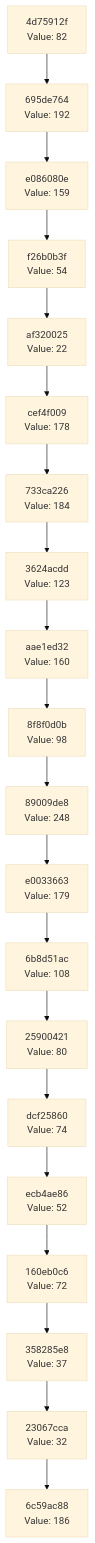
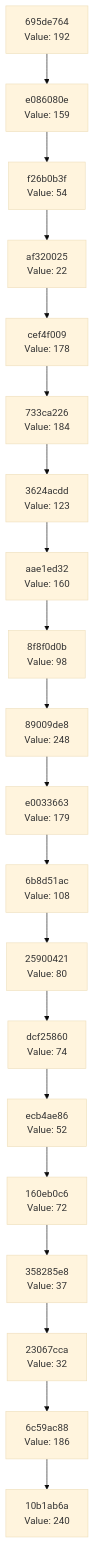
Before and after one commit to Abhisheksinha1506/hash-chain-evolver: the diagram in docs/CHAIN_VISUALIZATION.md, drawn with Mermaid (base theme). The commit also changed 3 other files, not shown here.

````diff
--- a/docs/CHAIN_VISUALIZATION.md
+++ b/docs/CHAIN_VISUALIZATION.md
@@ -3,42 +3,42 @@
 ```mermaid
 graph TD
-    C0["6c59ac88<br/>Value: 186"]
-    C1["23067cca<br/>Value: 32"]
+    C0["10b1ab6a<br/>Value: 240"]
+    C1["6c59ac88<br/>Value: 186"]
     C1 --> C0
-    C2["358285e8<br/>Value: 37"]
+    C2["23067cca<br/>Value: 32"]
     C2 --> C1
-    C3["160eb0c6<br/>Value: 72"]
+    C3["358285e8<br/>Value: 37"]
     C3 --> C2
-    C4["ecb4ae86<br/>Value: 52"]
+    C4["160eb0c6<br/>Value: 72"]
     C4 --> C3
-    C5["dcf25860<br/>Value: 74"]
+    C5["ecb4ae86<br/>Value: 52"]
     C5 --> C4
-    C6["25900421<br/>Value: 80"]
+    C6["dcf25860<br/>Value: 74"]
     C6 --> C5
-    C7["6b8d51ac<br/>Value: 108"]
+    C7["25900421<br/>Value: 80"]
     C7 --> C6
-    C8["e0033663<br/>Value: 179"]
+    C8["6b8d51ac<br/>Value: 108"]
     C8 --> C7
-    C9["89009de8<br/>Value: 248"]
+    C9["e0033663<br/>Value: 179"]
     C9 --> C8
-    C10["8f8f0d0b<br/>Value: 98"]
+    C10["89009de8<br/>Value: 248"]
     C10 --> C9
-    C11["aae1ed32<br/>Value: 160"]
+    C11["8f8f0d0b<br/>Value: 98"]
     C11 --> C10
-    C12["3624acdd<br/>Value: 123"]
+    C12["aae1ed32<br/>Value: 160"]
     C12 --> C11
-    C13["733ca226<br/>Value: 184"]
+    C13["3624acdd<br/>Value: 123"]
     C13 --> C12
-    C14["cef4f009<br/>Value: 178"]
+    C14["733ca226<br/>Value: 184"]
     C14 --> C13
-    C15["af320025<br/>Value: 22"]
+    C15["cef4f009<br/>Value: 178"]
     C15 --> C14
-    C16["f26b0b3f<br/>Value: 54"]
+    C16["af320025<br/>Value: 22"]
     C16 --> C15
-    C17["e086080e<br/>Value: 159"]
+    C17["f26b0b3f<br/>Value: 54"]
     C17 --> C16
-    C18["695de764<br/>Value: 192"]
+    C18["e086080e<br/>Value: 159"]
     C18 --> C17
-    C19["4d75912f<br/>Value: 82"]
+    C19["695de764<br/>Value: 192"]
     C19 --> C18
 ```
````
